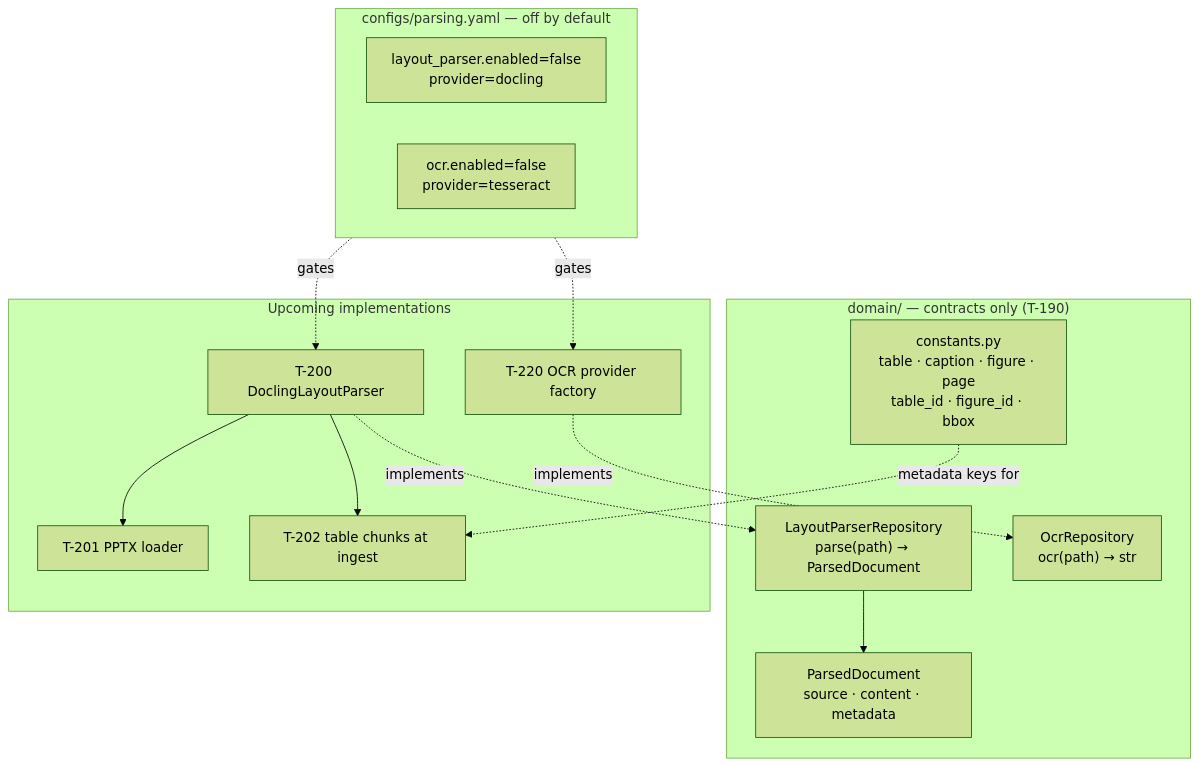
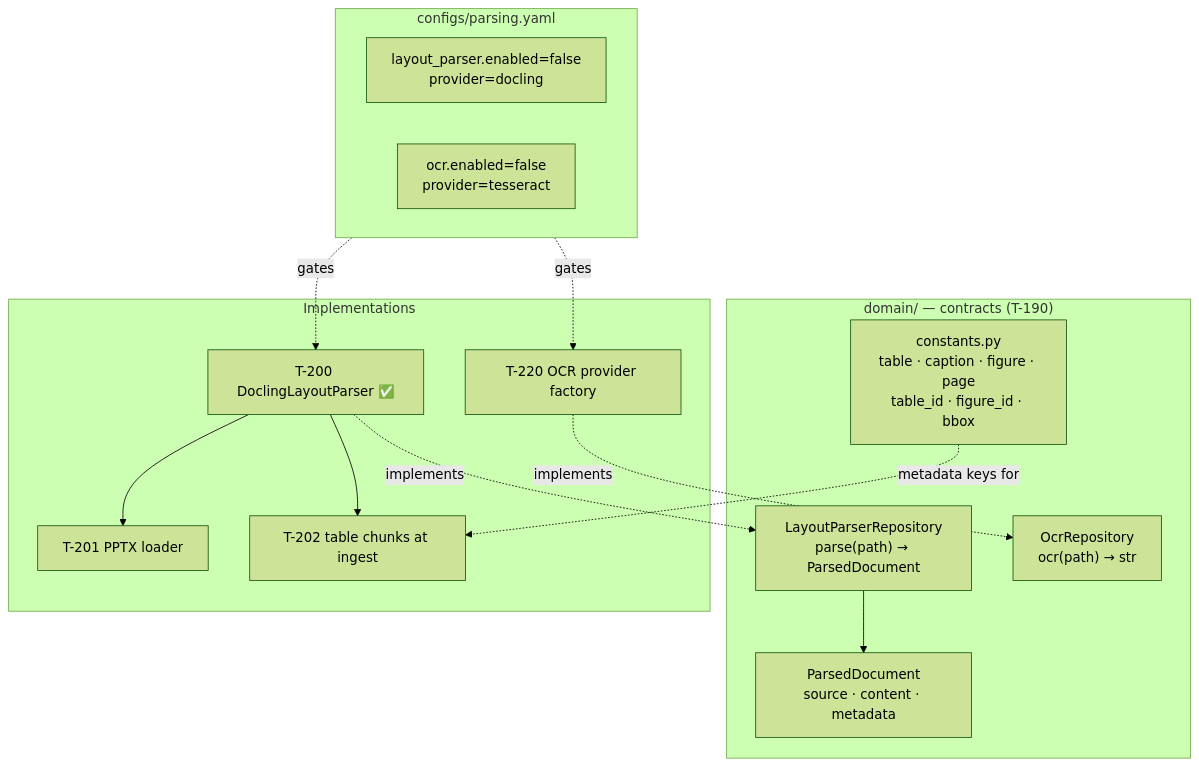
The fourth of 20 diagrams in README.md (ealbertoav/rag_platform), drawn with Mermaid (forest theme) before and after one commit. The commit also changed other lines of this file and 1 other file, not shown here.

First line of the commit message:
Implement layout-aware parsing with DoclingLayoutParser (T-200):

````diff
--- a/README.md
+++ b/README.md
@@ -566,30 +571,30 @@
 ```mermaid
 flowchart TB
-    subgraph DOMAIN["domain/ — contracts only (T-190)"]
+    subgraph DOMAIN["domain/ — contracts (T-190)"]
         LPR["LayoutParserRepository<br/>parse(path) → ParsedDocument"]
         OCR["OcrRepository<br/>ocr(path) → str"]
         PD["ParsedDocument<br/>source · content · metadata"]
         CONST["constants.py<br/>table · caption · figure · page<br/>table_id · figure_id · bbox"]
     end
 
-    subgraph CONFIG["configs/parsing.yaml — off by default"]
+    subgraph CONFIG["configs/parsing.yaml"]
         LPSET["layout_parser.enabled=false<br/>provider=docling"]
         OCRSET["ocr.enabled=false<br/>provider=tesseract"]
     end
 
-    subgraph FUTURE["Upcoming implementations"]
-        T200["T-200 DoclingLayoutParser"]
+    subgraph IMPL["Implementations"]
+        T200["T-200 DoclingLayoutParser ✅"]
         T201["T-201 PPTX loader"]
         T220["T-220 OCR provider factory"]
         T202["T-202 table chunks at ingest"]
     end
 
     LPR --> PD
     CONFIG -.->|gates| T200
     CONFIG -.->|gates| T220
     T200 -.->|implements| LPR
     T220 -.->|implements| OCR
     T200 --> T201
     T200 --> T202
     CONST -.->|metadata keys for| T202
 ```
````
